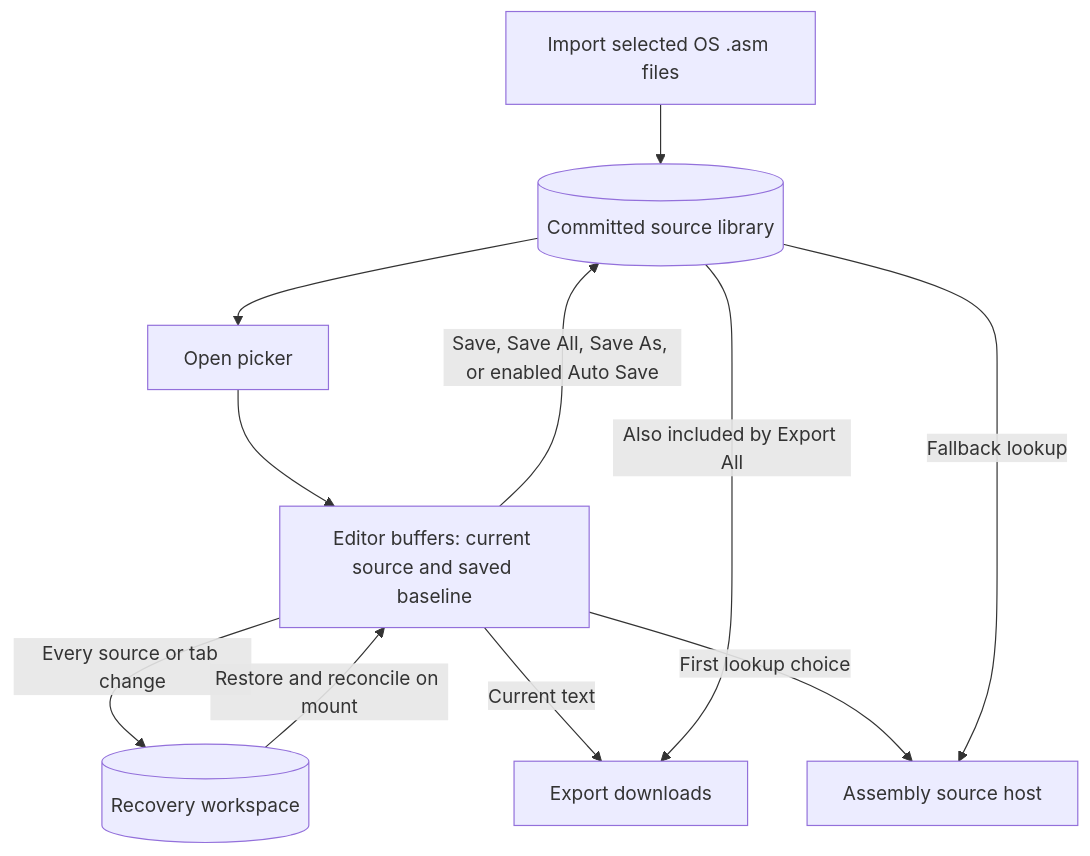
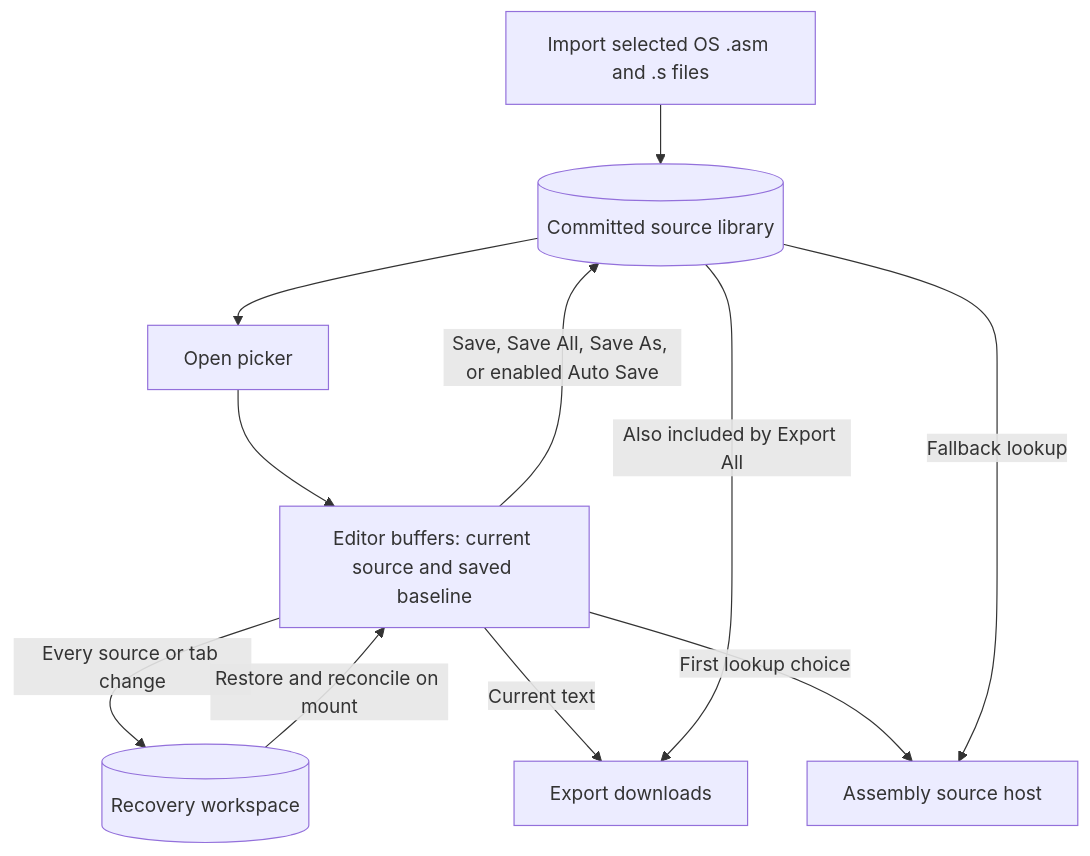
The fourth of 5 diagrams in IMPLEMENTATION.md (awpala/MARS-ts), drawn with Mermaid before and after one commit. The commit also changed other lines of this file and 118 other files, not shown here.

````diff
--- a/IMPLEMENTATION.md
+++ b/IMPLEMENTATION.md
@@ -269,13 +271,13 @@
 ```mermaid
 flowchart TB
-    Import["Import selected OS .asm files"] --> Library[("Committed source library")]
+    Import["Import selected OS .asm and .s files"] --> Library[("Committed source library")]
     Library --> Open["Open picker"]
     Open --> Buffers["Editor buffers: current source and saved baseline"]
     Buffers -->|"Every source or tab change"| Recovery[("Recovery workspace")]
     Recovery -->|"Restore and reconcile on mount"| Buffers
     Buffers -->|"Save, Save All, Save As, or enabled Auto Save"| Library
     Buffers -->|"Current text"| Export["Export downloads"]
     Library -->|"Also included by Export All"| Export
     Buffers -->|"First lookup choice"| Assembly["Assembly source host"]
     Library -->|"Fallback lookup"| Assembly
 ```
````
